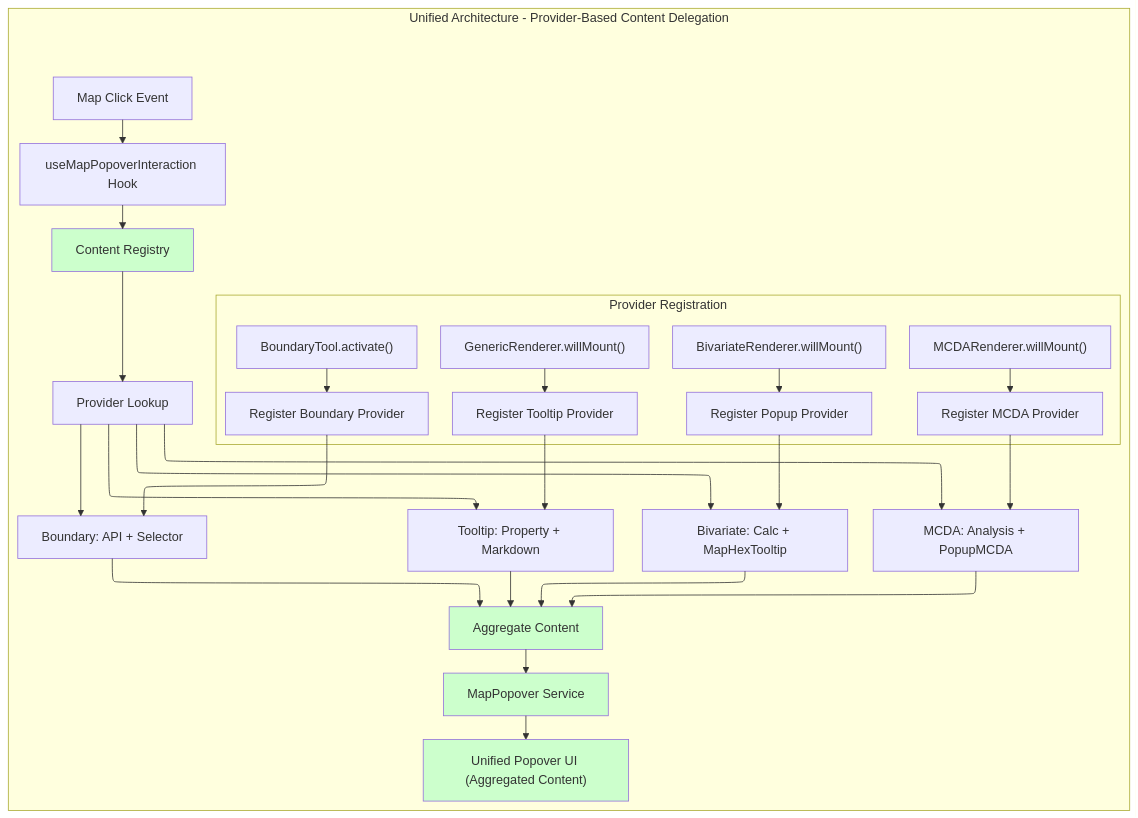
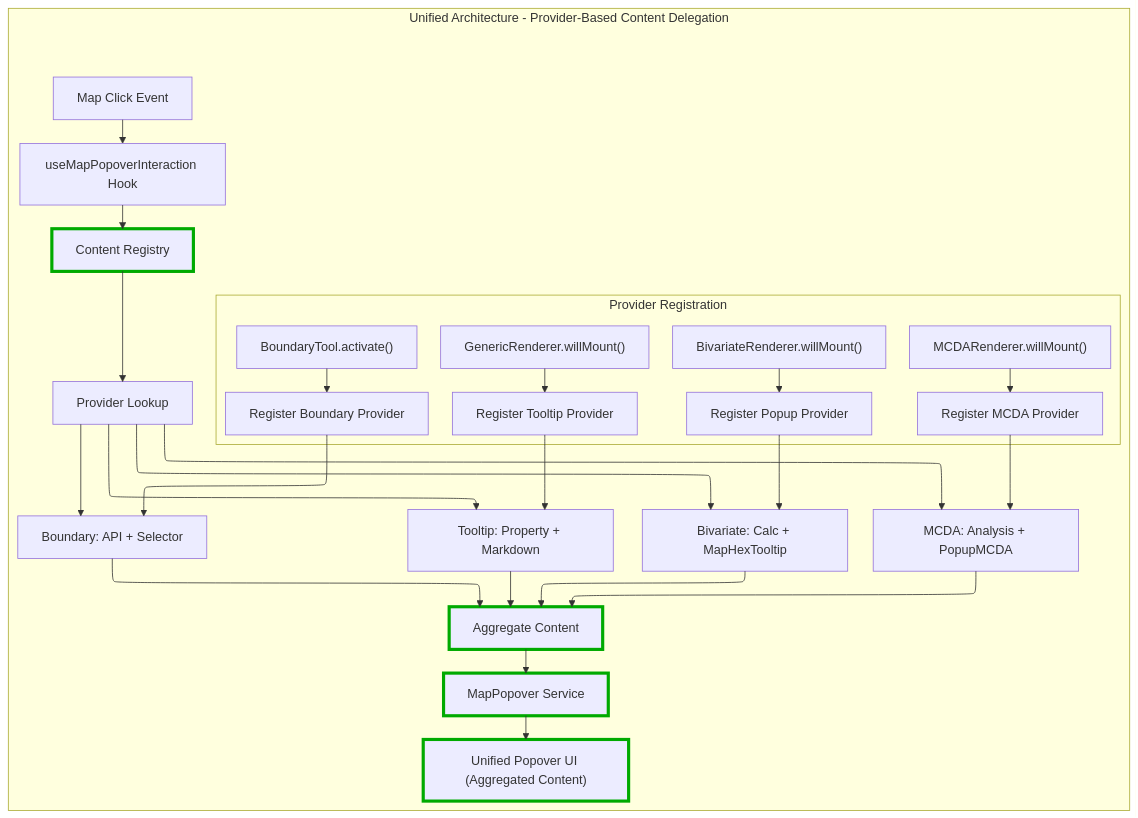
One commit to konturio/disaster-ninja-fe changed the second of 2 diagrams in docs/architecture/ADR-001-MapPopover-Migration-Architecture.md. Above: the diagram before and after it, drawn with Mermaid. The commit also changed other lines of this file and 11 other files, not shown here.

````diff
--- a/docs/architecture/ADR-001-MapPopover-Migration-Architecture.md
+++ b/docs/architecture/ADR-001-MapPopover-Migration-Architecture.md
@@ -74,42 +71,40 @@
 ```mermaid
 ---
 config:
   layout: elk
 ---
 graph TD
     subgraph "Unified Architecture - Provider-Based Content Delegation"
         A["Map Click Event"] --> B["useMapPopoverInteraction Hook"]
         B --> C["Content Registry"]
         C --> D["Provider Lookup"]
 
         subgraph "Provider Registration"
             E["GenericRenderer.willMount()"] --> E1["Register Tooltip Provider"]
             F["BivariateRenderer.willMount()"] --> F1["Register Popup Provider"]
             G["MCDARenderer.willMount()"] --> G1["Register MCDA Provider"]
             H["BoundaryTool.activate()"] --> H1["Register Boundary Provider"]
         end
 
         E1 --> I["Tooltip: Property + Markdown"]
         F1 --> J["Bivariate: Calc + MapHexTooltip"]
         G1 --> K["MCDA: Analysis + PopupMCDA"]
         H1 --> L["Boundary: API + Selector"]
 
         D --> I
         D --> J
         D --> K
         D --> L
 
         I --> M["Aggregate Content"]
         J --> M
         K --> M
         L --> M
 
         M --> N["MapPopover Service"]
         N --> O["Unified Popover UI (Aggregated Content)"]
 
-        style C fill:#ccffcc
-        style M fill:#ccffcc
-        style N fill:#ccffcc
-        style O fill:#ccffcc
+        classDef unified stroke:#00aa00,stroke-width:4px
+        class C,M,N,O unified
     end
 ```
````
